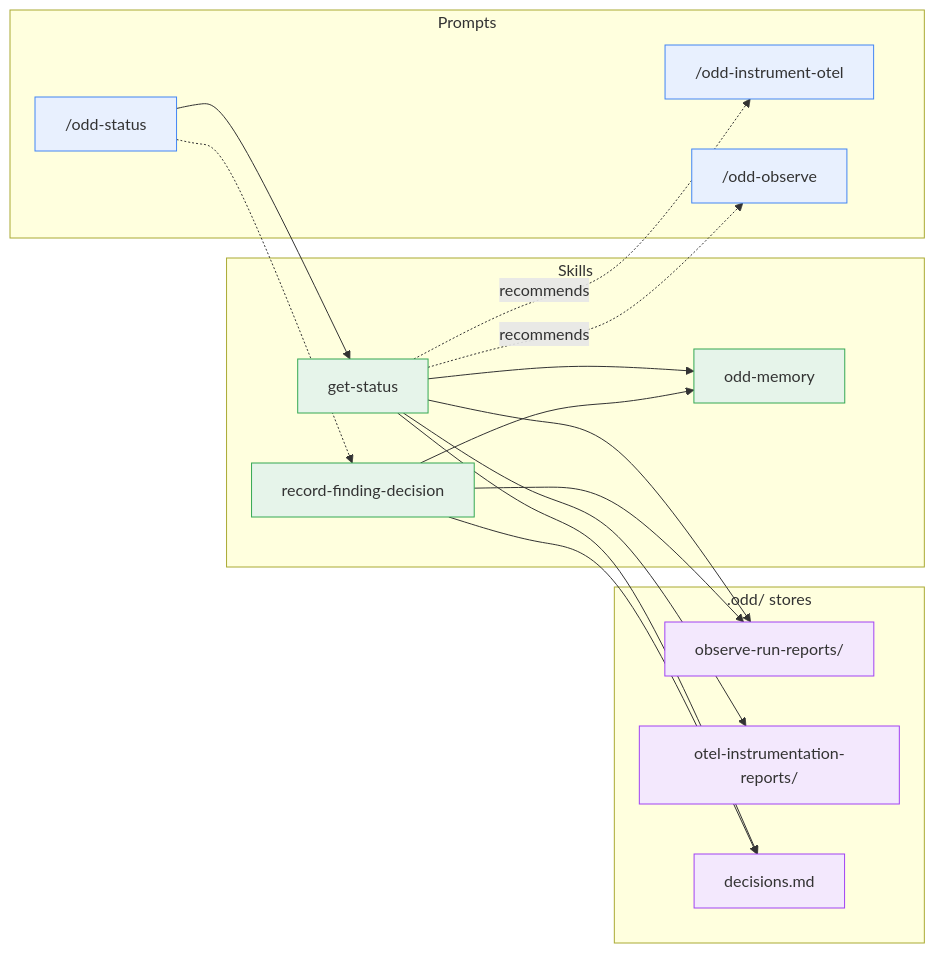
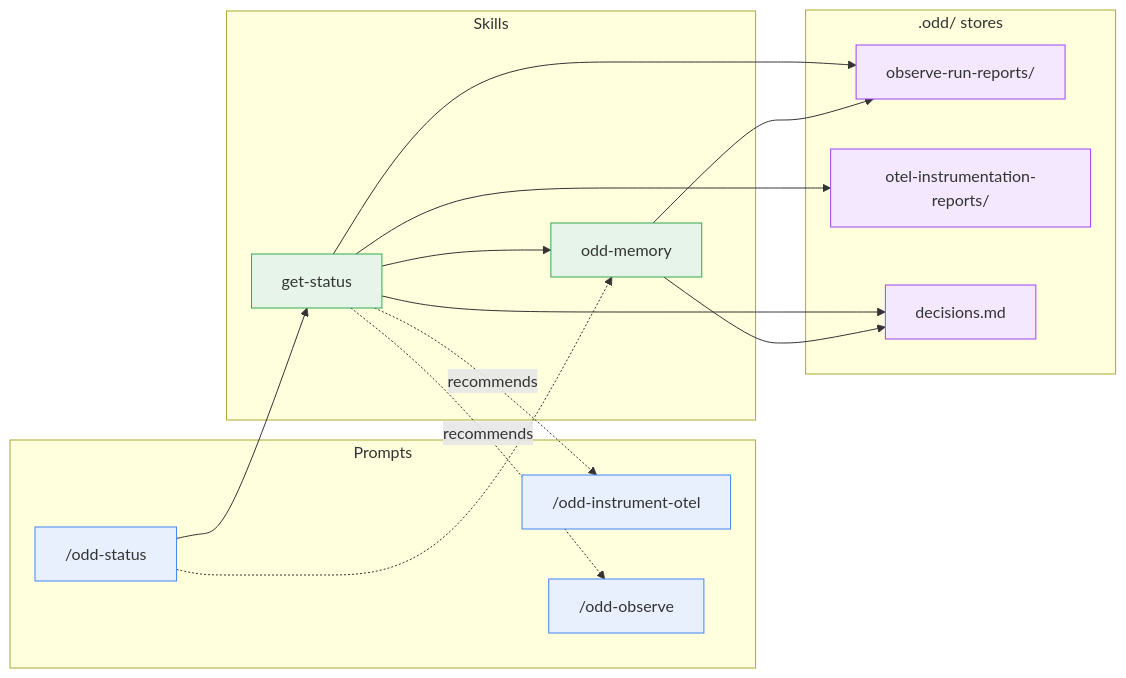
One commit to using-system/oddyssey changed the fifth of 7 diagrams in docs/guide/dependencies.md. Above: the diagram before and after it, drawn with Mermaid. The commit also changed other lines of this file and 24 other files, not shown here.

````diff
--- a/docs/guide/dependencies.md
+++ b/docs/guide/dependencies.md
@@ -336,42 +316,40 @@
 ```mermaid
 flowchart LR
   subgraph Prompts
     status["/odd-status"]
     instrument["/odd-instrument-otel"]
     observe["/odd-observe"]
   end
 
   subgraph Skills
     gs[get-status]
-    rfd[record-finding-decision]
     mem[odd-memory]
   end
 
   subgraph Stores[".odd/ stores"]
     obsdir[observe-run-reports/]
     insdir[otel-instrumentation-reports/]
     dec[decisions.md]
   end
 
   status --> gs
-  status -.-> rfd
+  status -.-> mem
 
   gs --> obsdir
   gs --> insdir
   gs --> dec
   gs -. recommends .-> instrument
   gs -. recommends .-> observe
 
-  rfd --> obsdir
-  rfd --> dec
+  mem --> obsdir
+  mem --> dec
 
   gs --> mem
-  rfd --> mem
 
   classDef prompt fill:#e8f0fe,stroke:#4285f4
   classDef skill fill:#e6f4ea,stroke:#34a853
   classDef store fill:#f3e8fd,stroke:#a142f4
   class status,instrument,observe prompt
-  class gs,rfd,mem skill
+  class gs,mem skill
   class obsdir,insdir,dec store
 ```
````
